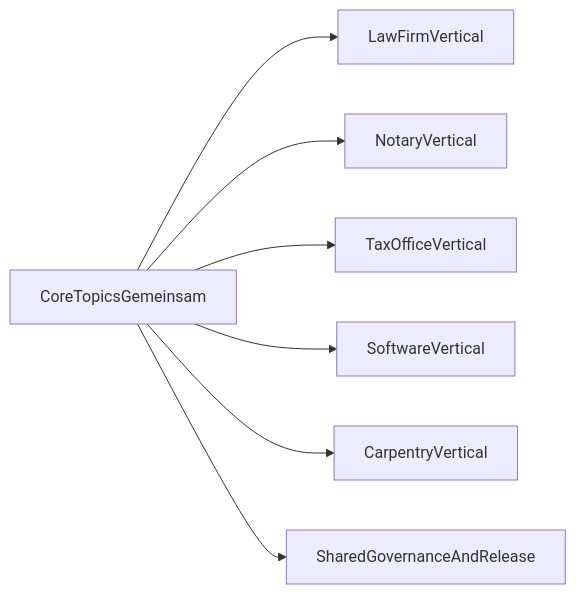
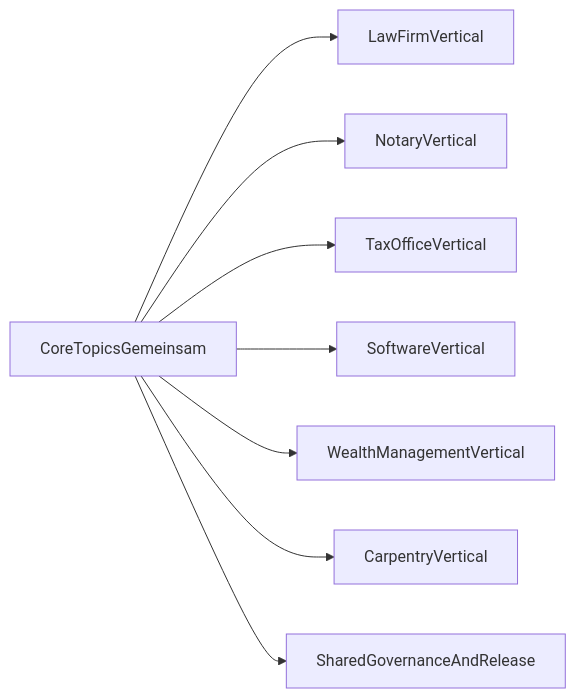
One commit to notariat8/NaC changed the diagram in docs/service-business-core-vertical-blueprint.md. Above: the diagram before and after it, drawn with Mermaid. The commit also changed other lines of this file and 22 other files, not shown here.

````diff
--- a/docs/service-business-core-vertical-blueprint.md
+++ b/docs/service-business-core-vertical-blueprint.md
@@ -60,9 +62,10 @@
 ```mermaid
 flowchart LR
   coreTopics[CoreTopicsGemeinsam] --> lawFirmVertical[LawFirmVertical]
   coreTopics --> notaryVertical[NotaryVertical]
   coreTopics --> taxOfficeVertical[TaxOfficeVertical]
   coreTopics --> softwareVertical[SoftwareVertical]
+  coreTopics --> wealthVertical[WealthManagementVertical]
   coreTopics --> carpentryVertical[CarpentryVertical]
   coreTopics --> governanceLayer[SharedGovernanceAndRelease]
 ```
````
